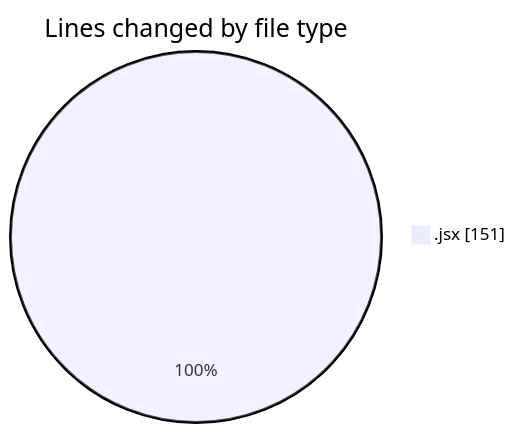
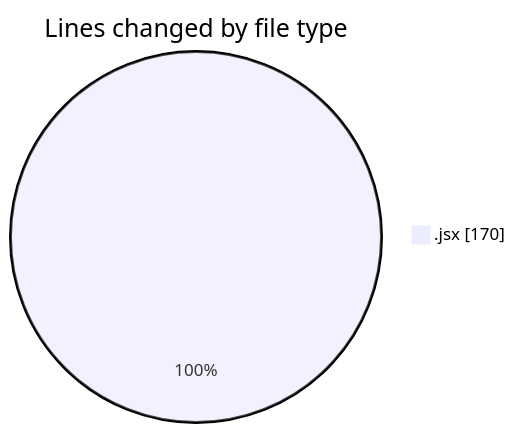
One commit to nxtqubesakshisongat/code-tracking changed the first of 2 diagrams in 2025-10-09/nxtqube_webapp/README.md. Above: the diagram before and after it, drawn with Mermaid. The commit also changed other lines of this file and 1 other file, not shown here.

````diff
--- a/2025-10-09/nxtqube_webapp/README.md
+++ b/2025-10-09/nxtqube_webapp/README.md
@@ -20,5 +20,5 @@
 ```mermaid
 pie showData
 title Lines changed by file type
-".jsx" : 151
+".jsx" : 170
 ```
````
